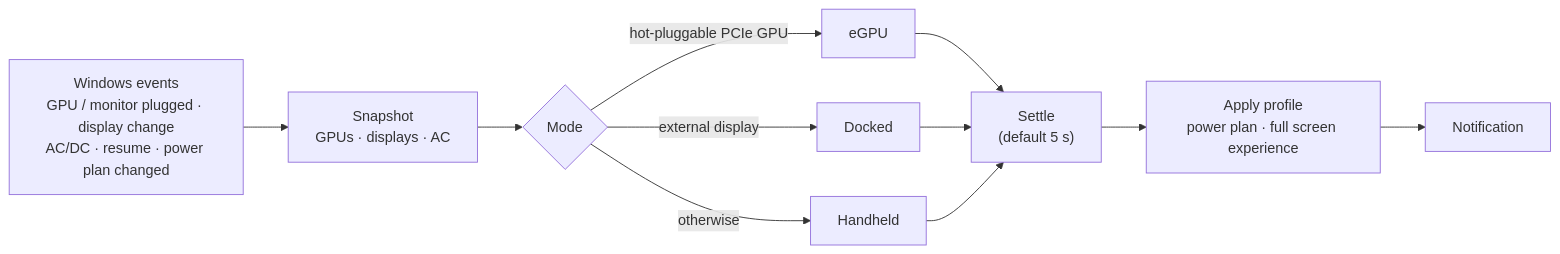
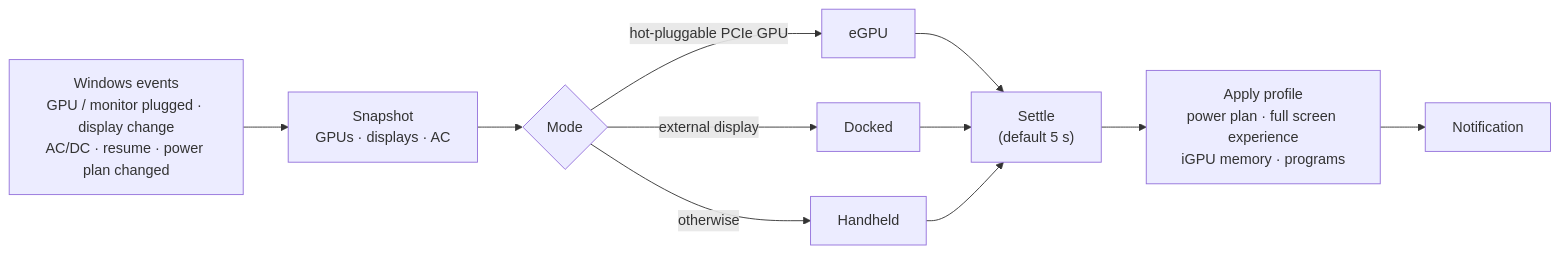
Before and after one commit to rozx/DockSense: the diagram in README.md, drawn with Mermaid. The commit also changed other lines of this file and 11 other files, not shown here.

````diff
--- a/README.md
+++ b/README.md
@@ -79,13 +82,13 @@
 ```mermaid
 flowchart LR
     E["Windows events<br/>GPU / monitor plugged · display change<br/>AC/DC · resume · power plan changed"] --> S["Snapshot<br/>GPUs · displays · AC"]
     S --> M{"Mode"}
     M -- "hot-pluggable PCIe GPU" --> G["eGPU"]
     M -- "external display" --> D["Docked"]
     M -- "otherwise" --> H["Handheld"]
     G --> W["Settle<br/>(default 5 s)"]
     D --> W
     H --> W
-    W --> A["Apply profile<br/>power plan · full screen experience"]
+    W --> A["Apply profile<br/>power plan · full screen experience<br/>iGPU memory · programs"]
     A --> N["Notification"]
 ```
````
